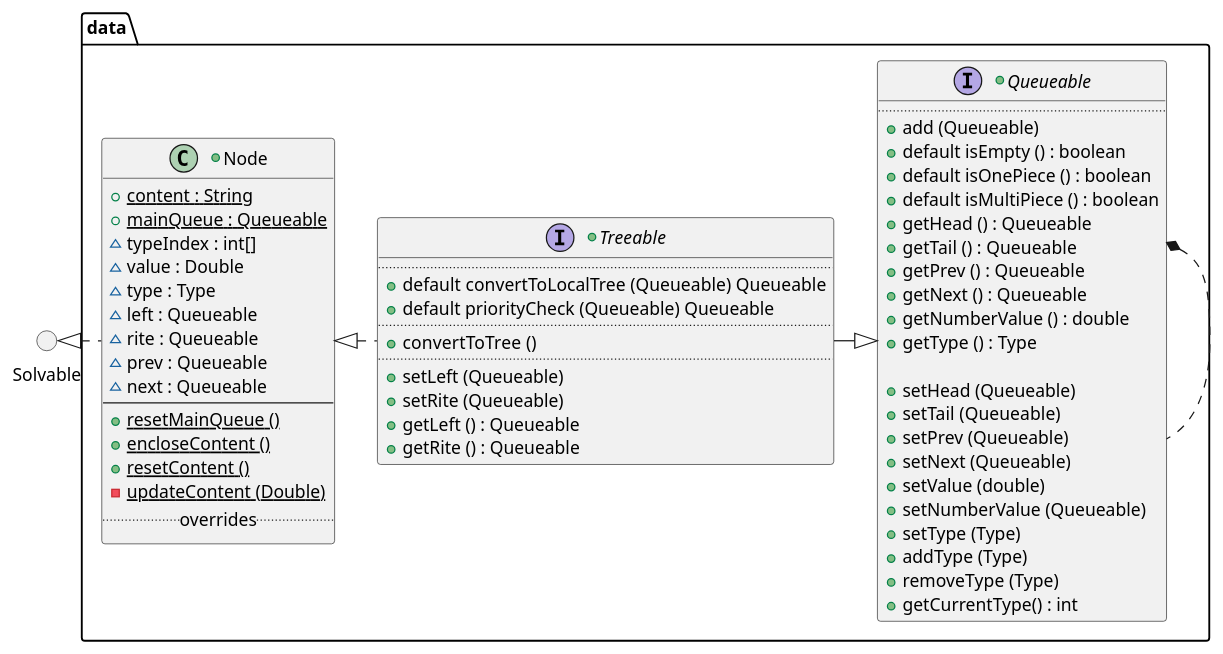
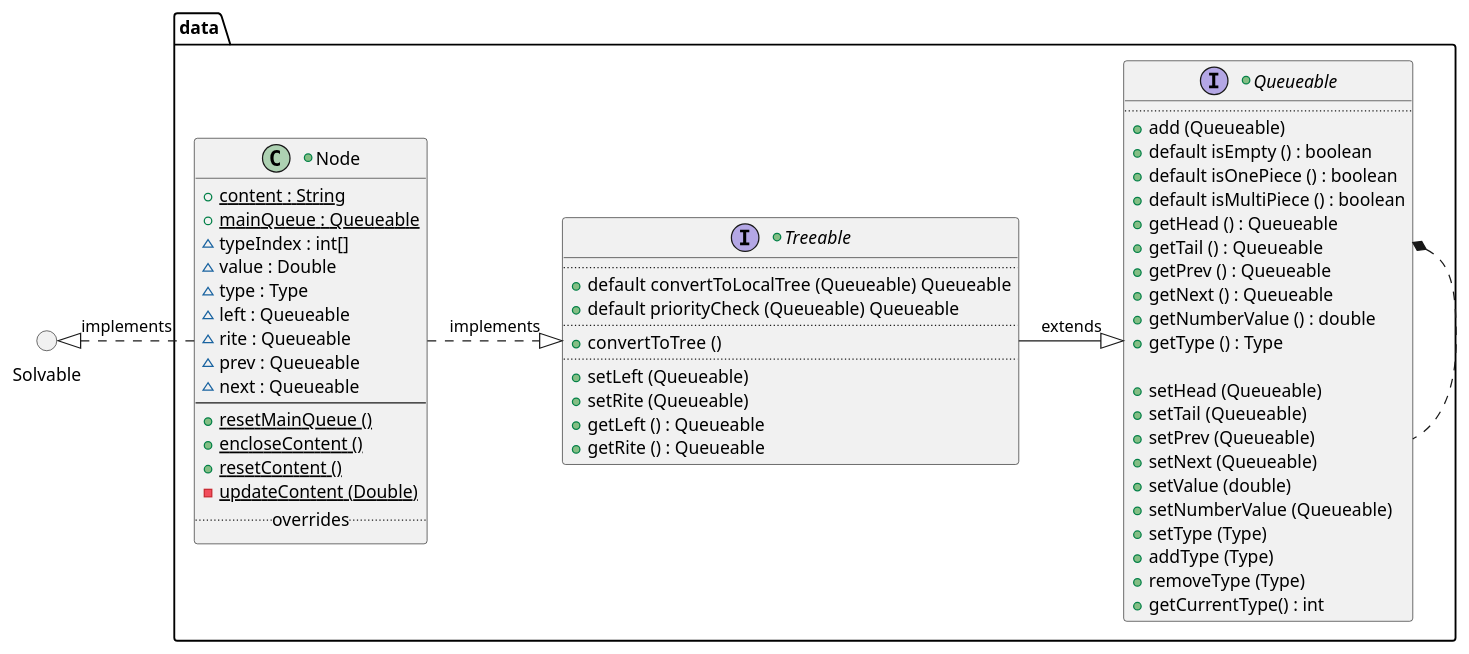
The diagram in src/docs/UML/data/data.puml (vitalispopoff/calculator), drawn with PlantUML before and after one commit. The commit also changed 15 other files, not shown here.

```diff
--- a/src/docs/UML/data/data.puml
+++ b/src/docs/UML/data/data.puml
@@ -1,71 +1,71 @@
 @startuml
 
     () Solvable
 '    () Parsable
 
 package data {
 
     +interface Queueable {
         ..
             +{method} add (Queueable)
             +{method} default isEmpty () : boolean
             +{method} default isOnePiece () : boolean
             +{method} default isMultiPiece () : boolean
             +{method} getHead () : Queueable
             +{method} getTail () : Queueable
             +{method} getPrev () : Queueable
             +{method} getNext () : Queueable
             +{method} getNumberValue () : double
             +{method} getType () : Type
 
             +{method} setHead (Queueable)
             +{method} setTail (Queueable)
             +{method} setPrev (Queueable)
             +{method} setNext (Queueable)
             +{method} setValue (double)
             +{method} setNumberValue (Queueable)
             +{method} setType (Type)
             +{method} addType (Type)
             +{method} removeType (Type)
             +{method} getCurrentType() : int
     }
 
     +interface Treeable {
         ..
             + {method} default convertToLocalTree (Queueable) Queueable
             + {method} default priorityCheck (Queueable) Queueable
         ..
             + {method} convertToTree ()
         ..
             + {method} setLeft (Queueable)
             + {method} setRite (Queueable)
             + {method} getLeft () : Queueable
             + {method} getRite () : Queueable
     }
 
     +class Node {
             + {field} {static} content : String
             + {field} {static} mainQueue : Queueable
             ~ {field} typeIndex : int[]
             ~ {field} value : Double
             ~ {field} type : Type
             ~ {field} left : Queueable
             ~ {field} rite : Queueable
             ~ {field} prev : Queueable
             ~ {field} next : Queueable
         --
             + {method} {static} resetMainQueue ()
             + {method} {static} encloseContent ()
             + {method} {static} resetContent ()
             - {method} {static} updateContent (Double)
         ..overrides..
     }
 }
 
         Queueable   .up.*    Queueable
-        Queueable <|-left- Treeable
-        Treeable .left.|> Node
+        Queueable <|-left- Treeable : extends
+        Treeable <|.left. Node : implements
 
-        Node .left.|>  Solvable
+        Node .left.|>  Solvable : implements
 
 @enduml
```
